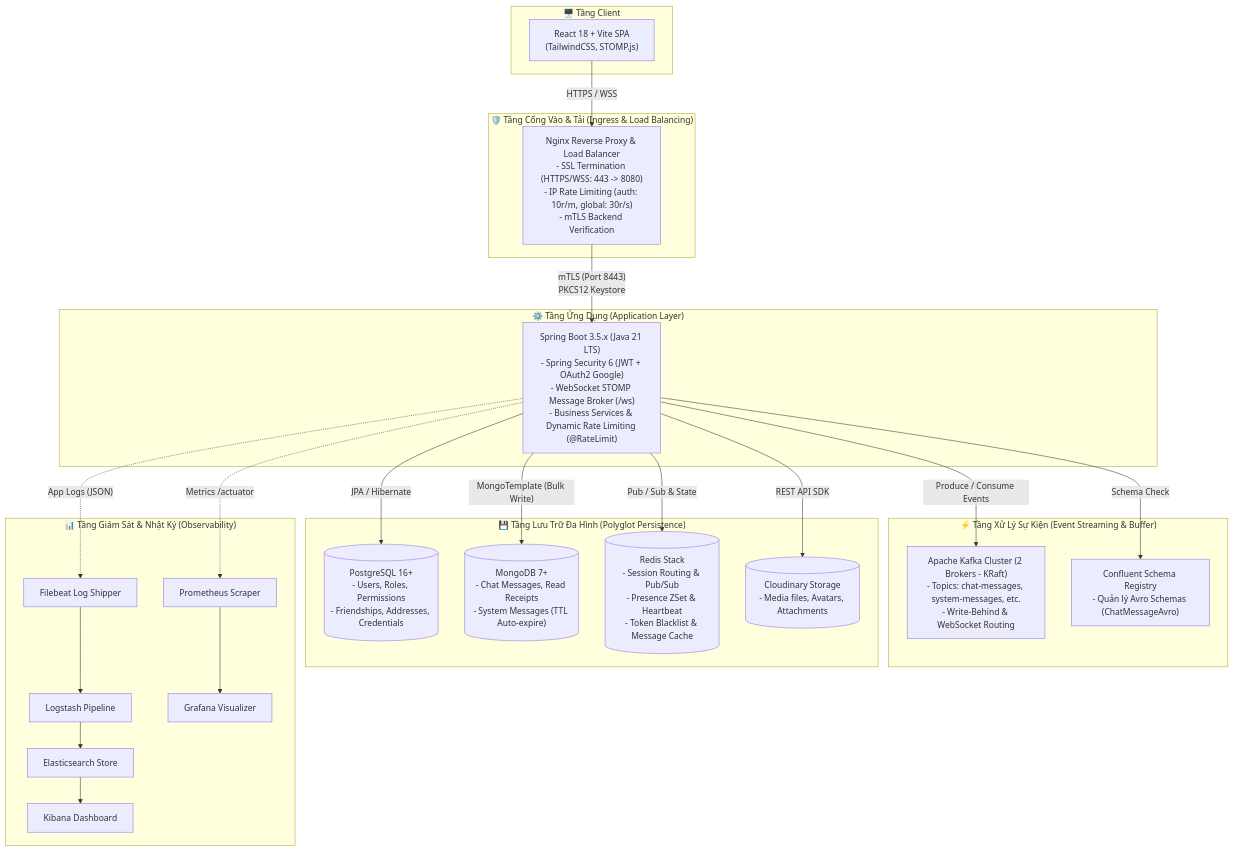
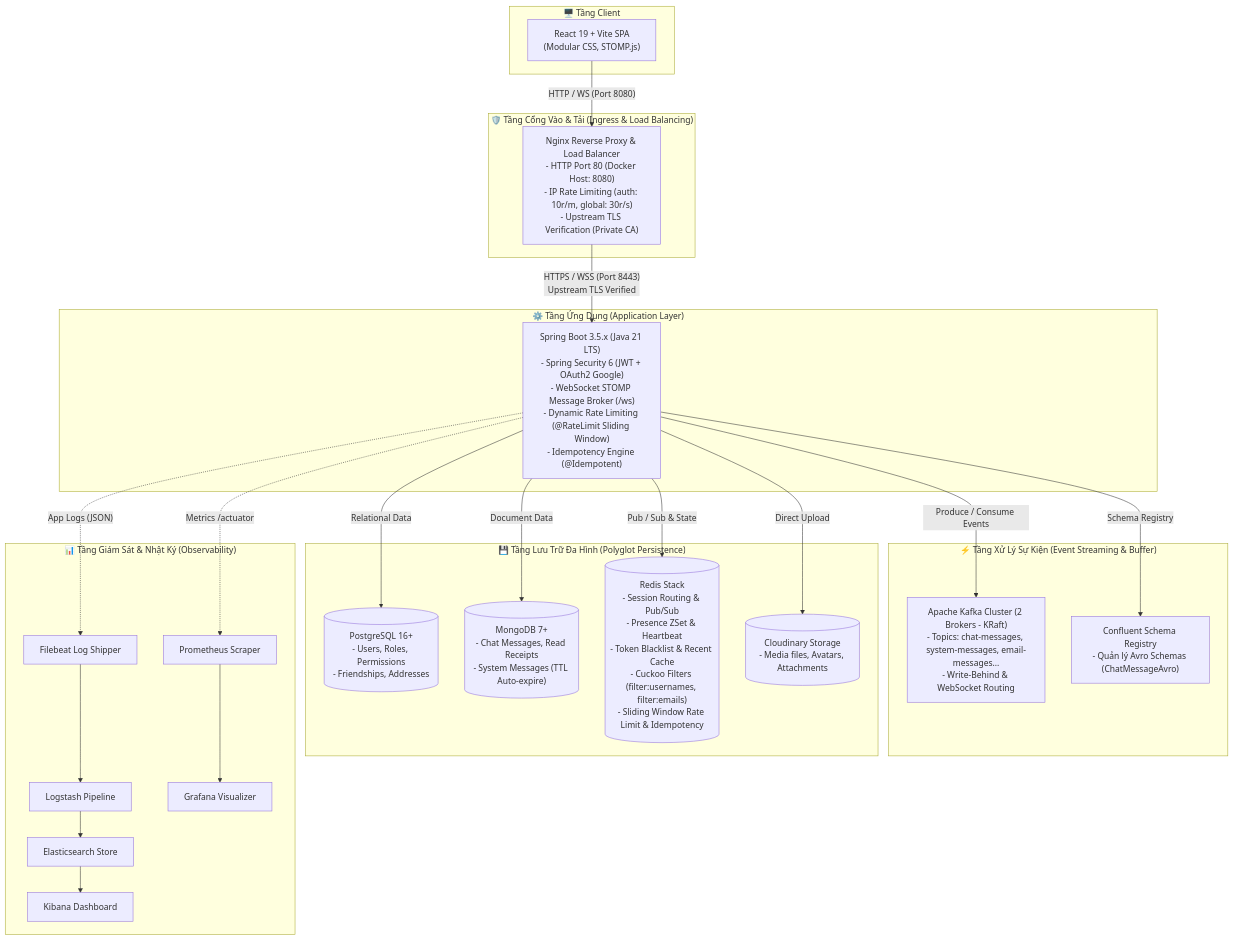
Before and after one commit to phwkha/ChatWeb-RealTime: the diagram in docs/architecture/01-system-overview.md, drawn with Mermaid. The commit also changed other lines of this file and 8 other files, not shown here.

First line of the commit message:
Refactor sequence diagrams and database design documentation for clarity and accuracy

````diff
--- a/docs/architecture/01-system-overview.md
+++ b/docs/architecture/01-system-overview.md
@@ -11,43 +11,43 @@
 ```mermaid
 graph TB
     subgraph ClientLayer["🖥️ Tầng Client"]
-        WebClient["React 18 + Vite SPA<br/>(TailwindCSS, STOMP.js)"]
+        WebClient["React 19 + Vite SPA<br/>(Modular CSS, STOMP.js)"]
     end
 
     subgraph IngressLayer["🛡️ Tầng Cổng Vào & Tải (Ingress & Load Balancing)"]
-        Nginx["Nginx Reverse Proxy & Load Balancer<br/>- SSL Termination (HTTPS/WSS: 443 -> 8080)<br/>- IP Rate Limiting (auth: 10r/m, global: 30r/s)<br/>- mTLS Backend Verification"]
+        Nginx["Nginx Reverse Proxy & Load Balancer<br/>- HTTP Port 80 (Docker Host: 8080)<br/>- IP Rate Limiting (auth: 10r/m, global: 30r/s)<br/>- Upstream TLS Verification (Private CA)"]
     end
 
     subgraph AppLayer["⚙️ Tầng Ứng Dụng (Application Layer)"]
-        Backend["Spring Boot 3.5.x (Java 21 LTS)<br/>- Spring Security 6 (JWT + OAuth2 Google)<br/>- WebSocket STOMP Message Broker (/ws)<br/>- Business Services & Dynamic Rate Limiting (@RateLimit)"]
+        Backend["Spring Boot 3.5.x (Java 21 LTS)<br/>- Spring Security 6 (JWT + OAuth2 Google)<br/>- WebSocket STOMP Message Broker (/ws)<br/>- Dynamic Rate Limiting (@RateLimit Sliding Window)<br/>- Idempotency Engine (@Idempotent)"]
     end
 
     subgraph EventLayer["⚡ Tầng Xử Lý Sự Kiện (Event Streaming & Buffer)"]
-        Kafka["Apache Kafka Cluster (2 Brokers - KRaft)<br/>- Topics: chat-messages, system-messages, etc.<br/>- Write-Behind & WebSocket Routing"]
+        Kafka["Apache Kafka Cluster (2 Brokers - KRaft)<br/>- Topics: chat-messages, system-messages, email-messages...<br/>- Write-Behind & WebSocket Routing"]
         SchemaRegistry["Confluent Schema Registry<br/>- Quản lý Avro Schemas (ChatMessageAvro)"]
     end
 
     subgraph StorageLayer["💾 Tầng Lưu Trữ Đa Hình (Polyglot Persistence)"]
-        Postgres[("PostgreSQL 16+<br/>- Users, Roles, Permissions<br/>- Friendships, Addresses, Credentials")]
+        Postgres[("PostgreSQL 16+<br/>- Users, Roles, Permissions<br/>- Friendships, Addresses")]
         Mongo[("MongoDB 7+<br/>- Chat Messages, Read Receipts<br/>- System Messages (TTL Auto-expire)")]
-        Redis[("Redis Stack<br/>- Session Routing & Pub/Sub<br/>- Presence ZSet & Heartbeat<br/>- Token Blacklist & Message Cache")]
+        Redis[("Redis Stack<br/>- Session Routing & Pub/Sub<br/>- Presence ZSet & Heartbeat<br/>- Token Blacklist & Recent Cache<br/>- Cuckoo Filters (filter:usernames, filter:emails)<br/>- Sliding Window Rate Limit & Idempotency")]
         Cloudinary[("Cloudinary Storage<br/>- Media files, Avatars, Attachments")]
     end
 
     subgraph ObservabilityLayer["📊 Tầng Giám Sát & Nhật Ký (Observability)"]
         Filebeat["Filebeat Log Shipper"] --> Logstash["Logstash Pipeline"] --> Elasticsearch["Elasticsearch Store"] --> Kibana["Kibana Dashboard"]
         Prometheus["Prometheus Scraper"] --> Grafana["Grafana Visualizer"]
         Backend -. "Metrics /actuator" .-> Prometheus
         Backend -. "App Logs (JSON)" .-> Filebeat
     end
 
     %% Network Connections
-    WebClient -->|"HTTPS / WSS"| Nginx
-    Nginx -->|"mTLS (Port 8443)<br/>PKCS12 Keystore"| Backend
+    WebClient -->|"HTTP / WS (Port 8080)"| Nginx
+    Nginx -->|"HTTPS / WSS (Port 8443)<br/>Upstream TLS Verified"| Backend
     Backend -->|"Pub / Sub & State"| Redis
-    Backend -->|"Schema Check"| SchemaRegistry
+    Backend -->|"Relational Data"| Postgres
+    Backend -->|"Document Data"| Mongo
     Backend -->|"Produce / Consume Events"| Kafka
-    Backend -->|"JPA / Hibernate"| Postgres
-    Backend -->|"MongoTemplate (Bulk Write)"| Mongo
-    Backend -->|"REST API SDK"| Cloudinary
+    Backend -->|"Schema Registry"| SchemaRegistry
+    Backend -->|"Direct Upload"| Cloudinary
 ```
````
